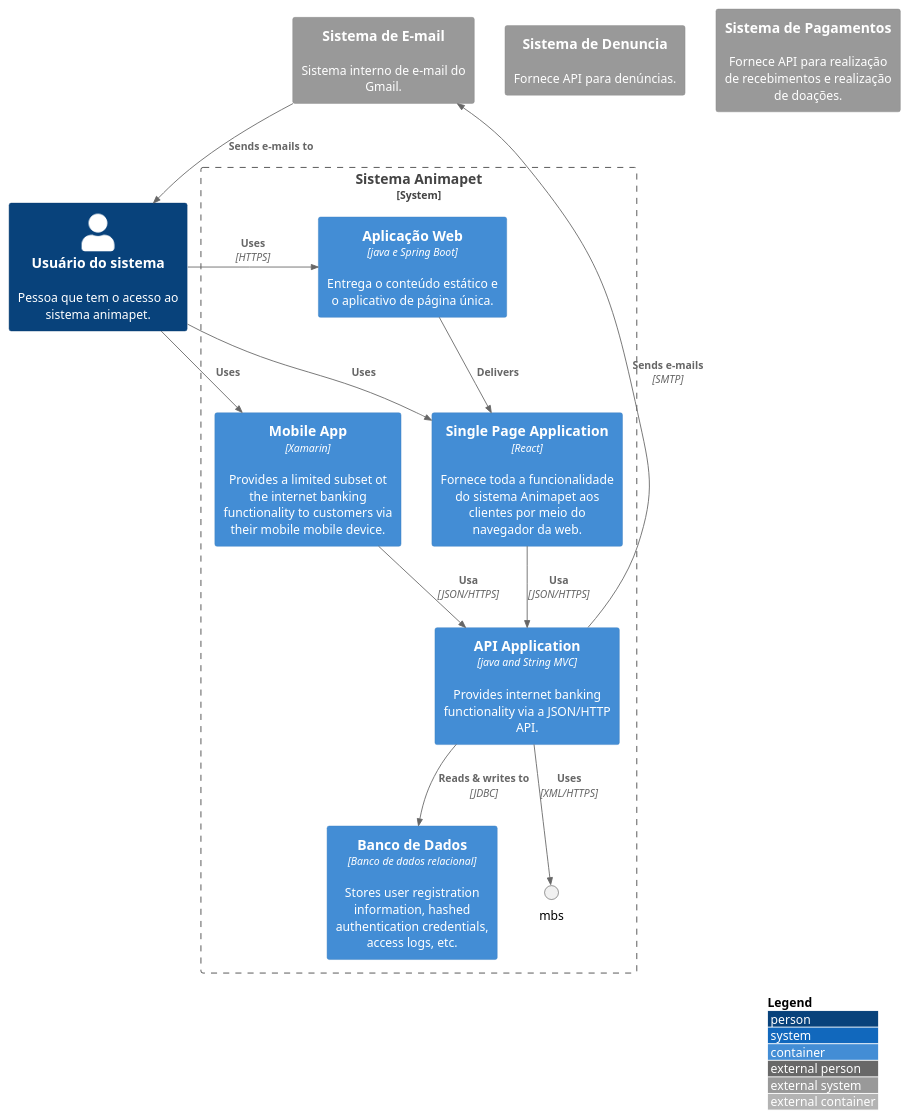
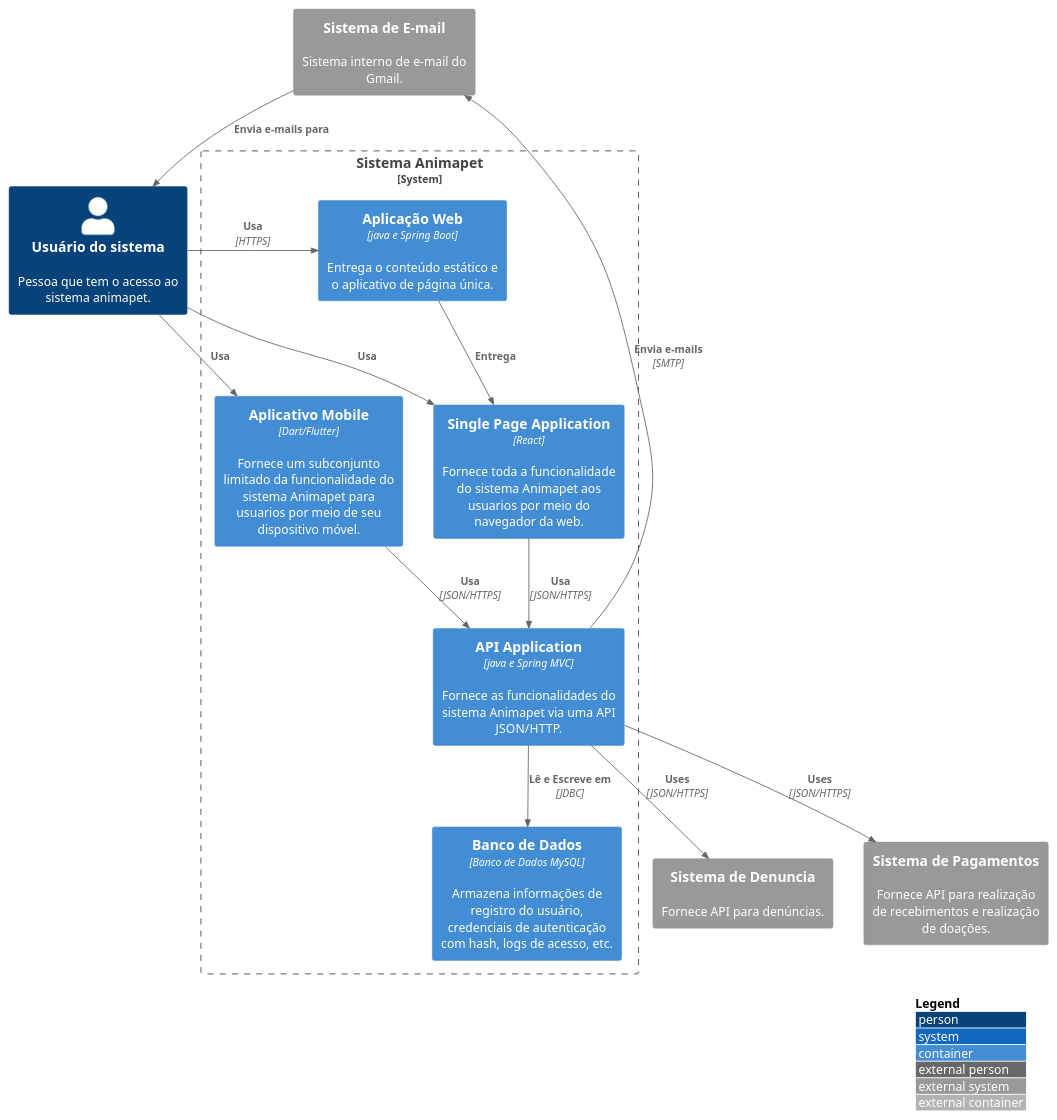
Before and after one commit to andrelquiosi/ANIMAPET: the diagram in src/Sistema animapet/sistema.puml, drawn with PlantUML. The commit also changed 4 other files, not shown here.

Commit message:
concluído diagrama do sistema

```diff
--- a/src/Sistema animapet/sistema.puml
+++ b/src/Sistema animapet/sistema.puml
@@ -1,31 +1,33 @@
 @startuml
 !include https://raw.githubusercontent.com/adrianvlupu/C4-PlantUML/latest/C4_Container.puml
 
 LAYOUT_WITH_LEGEND()
 
 Person(pessoa, "Usuário do sistema", "Pessoa que tem o acesso ao sistema animapet.")
+
 System_Ext(es, "Sistema de E-mail", "Sistema interno de e-mail do Gmail.")
 System_Ext(spo, "Sistema de Denuncia", "Fornece API para denúncias.")
 System_Ext(pix, "Sistema de Pagamentos", "Fornece API para realização de recebimentos e realização de doações.")
+
 System_Boundary(ibs, "Sistema Animapet") {
-    ' System(sdi, "Sistema de Dispositivo Móvel", "Permite ao usuário visualizar e doar PETs, realizar denuncias e doações para o cuidado dos animais.")
-' System(swb, "Sistema WEB", "Permite ao usuário visualizar e doar PETs, realizar denuncias e doações para o cuidado dos animais.")
+
     Container(wa, "Aplicação Web", "java e Spring Boot", "Entrega o conteúdo estático e o aplicativo de página única.")
-    Container(spa, "Single Page Application", "React", "Fornece toda a funcionalidade do sistema Animapet aos clientes por meio do navegador da web.")
-    Container(ma, "Mobile App", "Xamarin", "Provides a limited subset ot the internet banking functionality to customers via their mobile mobile device.")
-    Container(db, "Banco de Dados", "Banco de dados relacional", "Stores user registration information, hashed authentication credentials, access logs, etc.")
-    Container(api, "API Application", "java and String MVC", "Provides internet banking functionality via a JSON/HTTP API.")
+    Container(spa, "Single Page Application", "React", "Fornece toda a funcionalidade do sistema Animapet aos usuarios por meio do navegador da web.")
+    Container(ma, "Aplicativo Mobile", "Dart/Flutter", "Fornece um subconjunto limitado da funcionalidade do sistema Animapet para usuarios por meio de seu dispositivo móvel.")
+    Container(db, "Banco de Dados", "Banco de Dados MySQL", "Armazena informações de registro do usuário, credenciais de autenticação com hash, logs de acesso, etc.")
+    Container(api, "API Application", "java e Spring MVC", "Fornece as funcionalidades do sistema Animapet via uma API JSON/HTTP.")
 
-    Rel(api, es, "Sends e-mails", "SMTP")
-    Rel(api, mbs, "Uses", "XML/HTTPS")
-    Rel(api, db, "Reads & writes to", "JDBC")
-    Rel(wa, spa, "Delivers")
+    Rel(api, es, "Envia e-mails", "SMTP")
+    Rel(api, spo, "Uses", "JSON/HTTPS")
+    Rel(api, pix, "Uses", "JSON/HTTPS")
+    Rel(api, db, "Lê e Escreve em", "JDBC")
+    Rel(wa, spa, "Entrega")
     Rel(spa, api, "Usa", "JSON/HTTPS")
     Rel(ma, api, "Usa", "JSON/HTTPS")
 }
 
-Rel(pessoa, wa, "Uses", "HTTPS")
-Rel(pessoa, spa, "Uses")
-Rel(pessoa, ma, "Uses")
-Rel(es, pessoa, "Sends e-mails to")
+Rel(pessoa, wa, "Usa", "HTTPS")
+Rel(pessoa, spa, "Usa")
+Rel(pessoa, ma, "Usa")
+Rel(es, pessoa, "Envia e-mails para")
 @enduml
```
